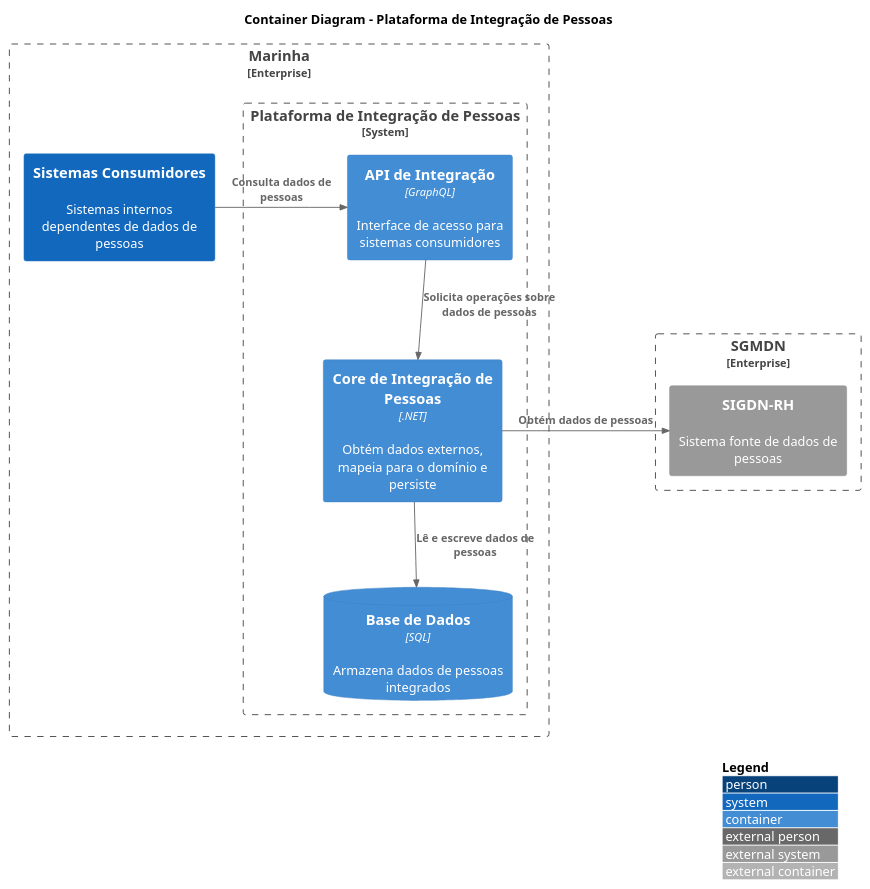
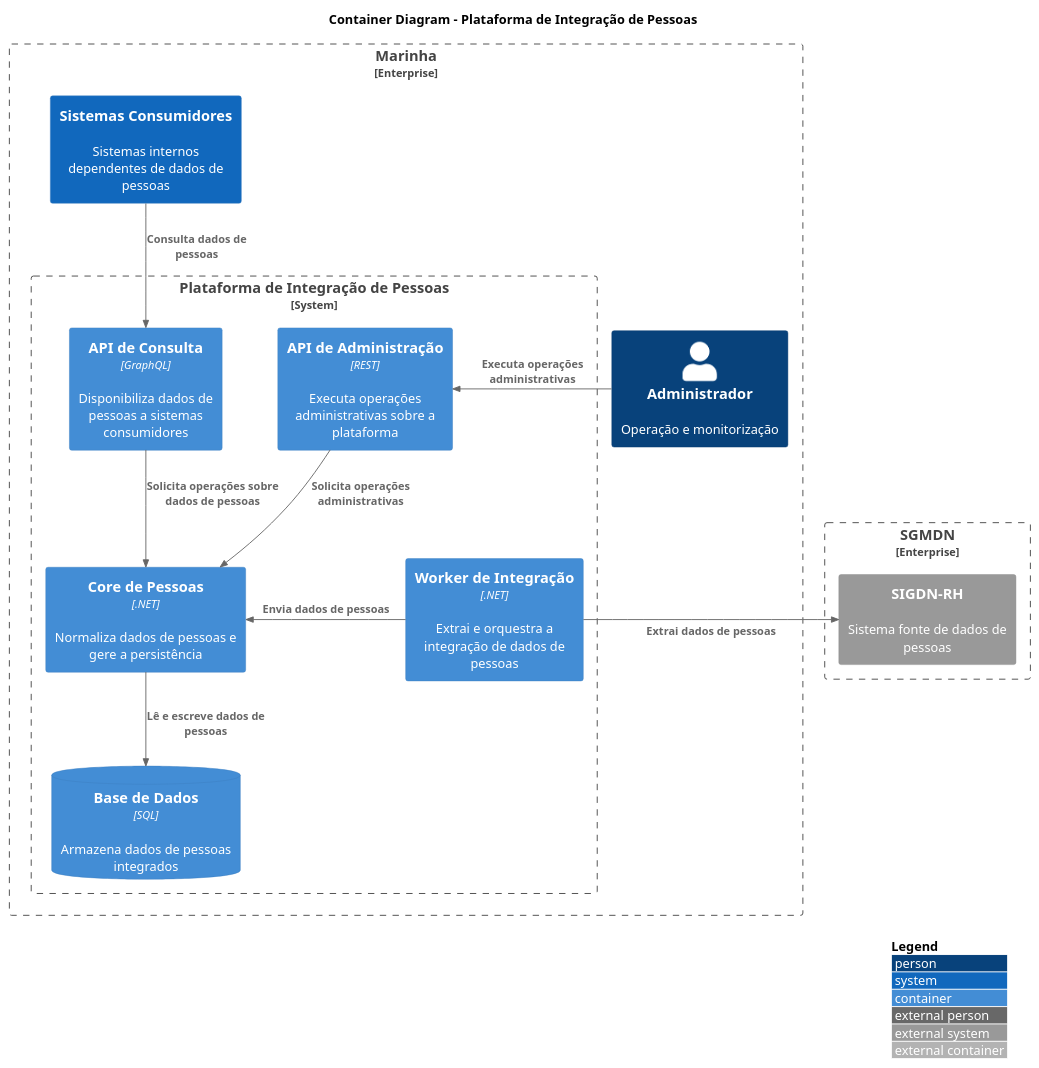
Before and after one commit to Raimundo82/pessoas-integracao: the diagram in docs/c4/container.md, drawn with PlantUML. The commit also changed 1 other file, not shown here.

Commit message:
docs(c4): add admin actor and refine container diagram (#295)
## Checklist

- [X] Branch name follows **Conventional Branch**
- [X] PR titles and Commit messages follow **Conventional Commits**

````diff
--- a/docs/c4/container.md
+++ b/docs/c4/container.md
@@ -3,30 +3,32 @@
 ```plantuml
 @startuml
 !include https://raw.githubusercontent.com/plantuml-stdlib/C4-PlantUML/master/C4_Container.puml
-' uncomment the following line and comment the first to use locally
-' !include C4_Container.puml
 
-'LAYOUT_TOP_DOWN()
-'LAYOUT_AS_SKETCH()
 LAYOUT_WITH_LEGEND()
 
 title Container Diagram - Plataforma de Integração de Pessoas
-
 Enterprise_Boundary(marinha, "Marinha") {
+    Person(admin, "Administrador", "Operação e monitorização")
     System(consumidores, "Sistemas Consumidores", "Sistemas internos dependentes de dados de pessoas")
     System_Boundary(pessoas_integracao, "Plataforma de Integração de Pessoas") {
-        Container(core, "Core de Integração de Pessoas", ".NET", "Obtém dados externos, mapeia para o domínio e persiste")
-        Container(api, "API de Integração","GraphQL","Interface de acesso para sistemas consumidores")
+        Container(api_admin, "API de Administração", "REST", "Executa operações administrativas sobre a plataforma")
+        Container(api_consulta, "API de Consulta", "GraphQL", "Disponibiliza dados de pessoas a sistemas consumidores")
+        Container(core, "Core de Pessoas", ".NET", "Normaliza dados de pessoas e gere a persistência")
+        Container(worker, "Worker de Integração", ".NET", "Extrai e orquestra a integração de dados de pessoas")
         ContainerDb(db, "Base de Dados", "SQL", "Armazena dados de pessoas integrados")
     }
 }
+
 Enterprise_Boundary(sgmdn, "SGMDN") {
     System_Ext(sigdn_rh, "SIGDN-RH", "Sistema fonte de dados de pessoas")
 }
 
-Rel_R(consumidores, api, "Consulta dados de pessoas")
-Rel_D(api, core, "Solicita operações sobre dados de pessoas")
+Rel_D(consumidores, api_consulta, "Consulta dados de pessoas")
+Rel_R(admin, api_admin, "Executa operações administrativas")
+Rel_D(api_consulta, core, "Solicita operações sobre dados de pessoas")
+Rel_D(api_admin, core, "Solicita operações administrativas")
+Rel_R(worker, sigdn_rh, "Extrai dados de pessoas")
+Rel_L(worker, core, "Envia dados de pessoas")
 Rel_D(core, db, "Lê e escreve dados de pessoas")
-Rel_R(core, sigdn_rh, "Obtém dados de pessoas")
 @enduml
 ```
````
